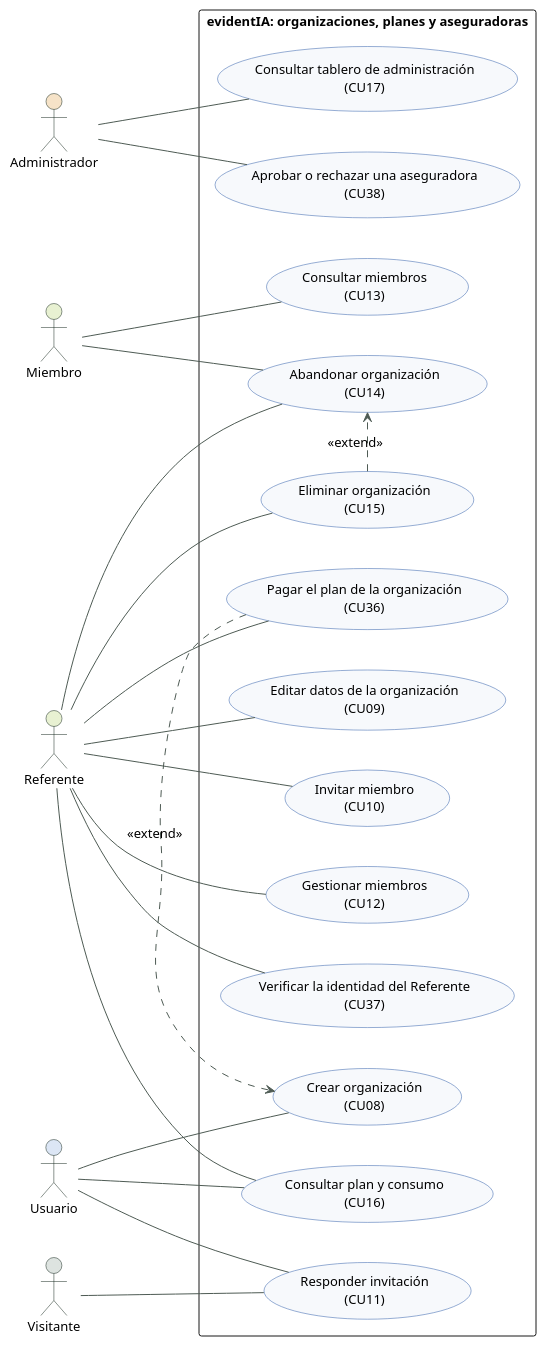
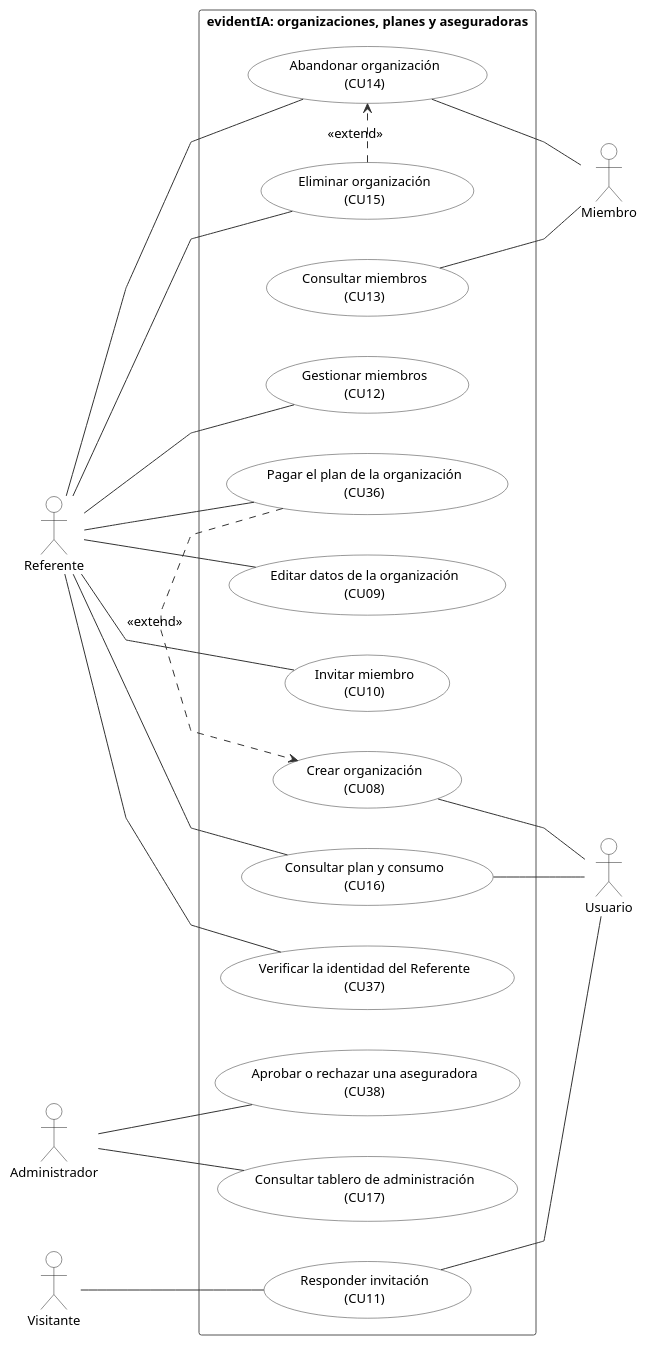
Before and after one commit to valentinasalmon/PFG-sistema-deteccion-IA: the diagram in docs/arquitectura/diagramas/09b-casos-de-uso.puml, drawn with PlantUML. The commit also changed 32 other files, not shown here.

First line of the commit message:
estilo(diagramas): diagramas ordenados con aspecto de hechos a mano

```diff
--- a/docs/arquitectura/diagramas/09b-casos-de-uso.puml
+++ b/docs/arquitectura/diagramas/09b-casos-de-uso.puml
@@ -1,52 +1,62 @@
 @startuml casos-de-uso-organizacionesplanesyaseguradoras
 skinparam defaultFontName Arial
 skinparam defaultFontSize 13
 skinparam shadowing false
 skinparam ArrowColor #4E5B54
 skinparam nodesep 40
 skinparam ranksep 55
+skinparam linetype polyline
+skinparam ArrowColor #333333
+skinparam actor {
+  BorderColor #222222
+  BackgroundColor #FFFFFF
+}
+skinparam usecase {
+  BorderColor #333333
+  BackgroundColor #FFFFFF
+}
+skinparam rectangle {
+  BorderColor #555555
+  FontStyle bold
+}
 left to right direction
-skinparam usecaseBackgroundColor #F7F9FC
-skinparam usecaseBorderColor #2F5DA8
-skinparam actorBorderColor #17291F
-skinparam packageStyle rectangle
 
-actor "Administrador" as administrador #F6E3C8
-actor "Miembro" as miembro #E8F1D2
-actor "Referente" as referente #E8F1D2
-actor "Usuario" as usuario #DCE6F5
-actor "Visitante" as visitante #DDE3E0
+actor "Referente" as referente
+actor "Usuario" as usuario
+actor "Administrador" as administrador
+actor "Miembro" as miembro
+actor "Visitante" as visitante
 rectangle "evidentIA: organizaciones, planes y aseguradoras" {
-  usecase "Crear organización\n(CU08)" as CU08
   usecase "Editar datos de la organización\n(CU09)" as CU09
   usecase "Invitar miembro\n(CU10)" as CU10
-  usecase "Responder invitación\n(CU11)" as CU11
   usecase "Gestionar miembros\n(CU12)" as CU12
-  usecase "Consultar miembros\n(CU13)" as CU13
   usecase "Abandonar organización\n(CU14)" as CU14
   usecase "Eliminar organización\n(CU15)" as CU15
   usecase "Consultar plan y consumo\n(CU16)" as CU16
-  usecase "Consultar tablero de administración\n(CU17)" as CU17
   usecase "Pagar el plan de la organización\n(CU36)" as CU36
   usecase "Verificar la identidad del Referente\n(CU37)" as CU37
+  usecase "Crear organización\n(CU08)" as CU08
+  usecase "Responder invitación\n(CU11)" as CU11
+  usecase "Consultar tablero de administración\n(CU17)" as CU17
   usecase "Aprobar o rechazar una aseguradora\n(CU38)" as CU38
+  usecase "Consultar miembros\n(CU13)" as CU13
 }
-usuario -- CU08
 referente -- CU09
 referente -- CU10
-visitante -- CU11
-usuario -- CU11
 referente -- CU12
-miembro -- CU13
-miembro -- CU14
+CU14 -- miembro
 referente -- CU14
 referente -- CU15
-usuario -- CU16
+CU16 -- usuario
 referente -- CU16
-administrador -- CU17
 referente -- CU36
 referente -- CU37
+CU08 -- usuario
+visitante -- CU11
+CU11 -- usuario
+administrador -- CU17
 administrador -- CU38
+CU13 -- miembro
 CU15 .> CU14 : <<extend>>
 CU36 .> CU08 : <<extend>>
 @enduml
```
